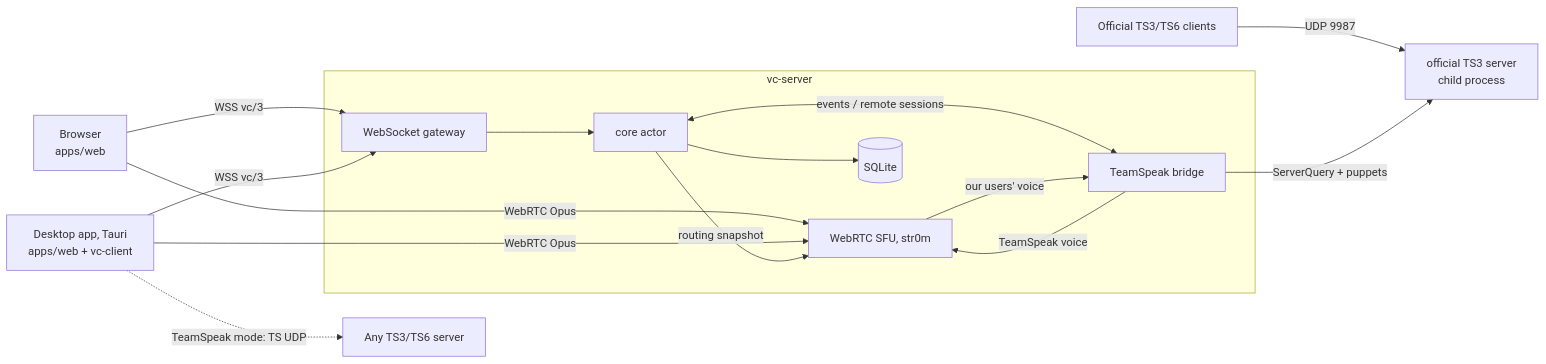
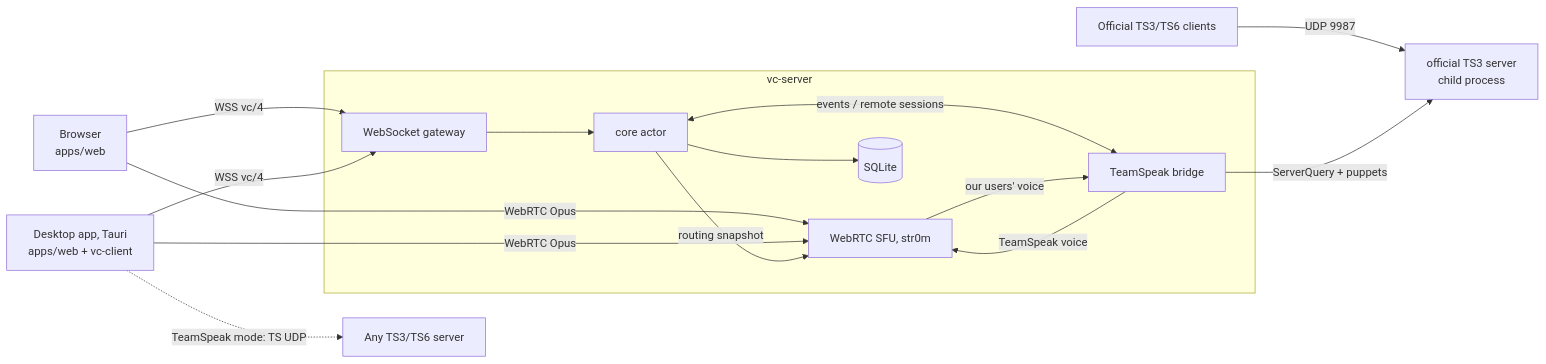
One commit to MaciejWlodarski/gwar changed the diagram in docs/architecture.md. Above: the diagram before and after it, drawn with Mermaid. The commit also changed other lines of this file and 61 other files, not shown here.

````diff
--- a/docs/architecture.md
+++ b/docs/architecture.md
@@ -3,19 +3,19 @@
 ```mermaid
 flowchart LR
-  Web[Browser<br/>apps/web] -- WSS vc/3 --> GW
-  Desk[Desktop app, Tauri<br/>apps/web + vc-client] -- WSS vc/3 --> GW
+  Web[Browser<br/>apps/web] -- WSS vc/4 --> GW
+  Desk[Desktop app, Tauri<br/>apps/web + vc-client] -- WSS vc/4 --> GW
   TS3[Official TS3/TS6 clients] -- UDP 9987 --> TSS
   Web -- WebRTC Opus --> SFU
   Desk -- WebRTC Opus --> SFU
   subgraph vc-server [vc-server]
     GW[WebSocket gateway] --> CORE[core actor]
     SFU[WebRTC SFU, str0m]
     CORE -- routing snapshot --> SFU
     CORE <-- events / remote sessions --> BR[TeamSpeak bridge]
     SFU -- our users' voice --> BR
     BR -- TeamSpeak voice --> SFU
     CORE --> DB[(SQLite)]
   end
   BR -- ServerQuery + puppets --> TSS[official TS3 server<br/>child process]
   Desk -. TeamSpeak mode: TS UDP .-> EXT[Any TS3/TS6 server]
 ```
````
